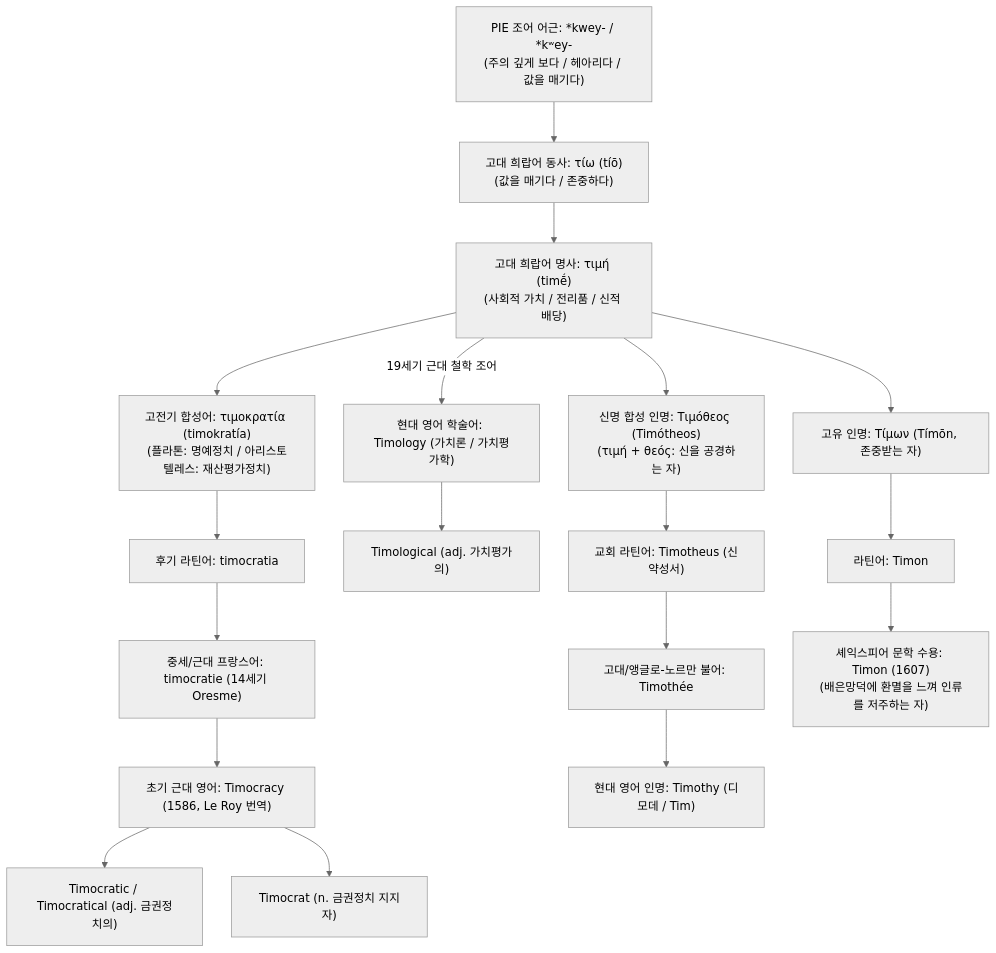
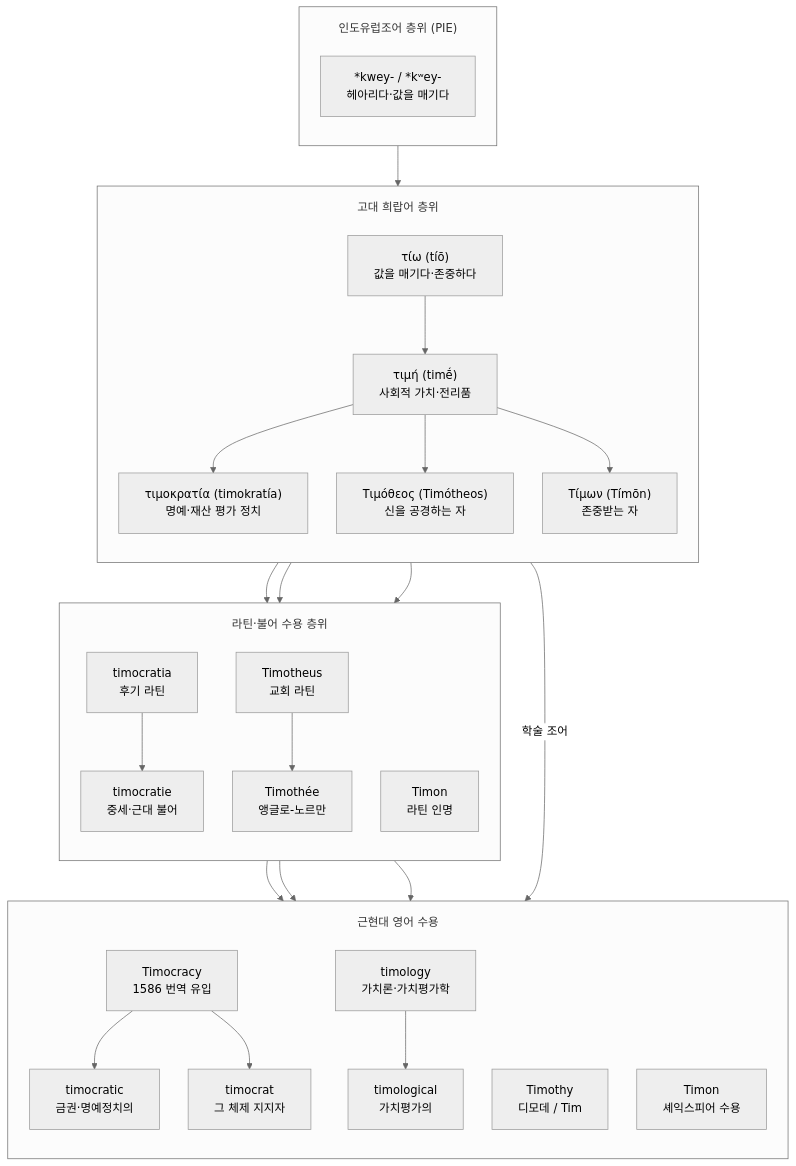
The diagram in words/word-time.md (YgHnSIM/Homer_wiki), drawn with Mermaid (neutral theme) before and after one commit.

Commit message:
refactor(word-time): Type C 3-tier etymology Mermaid

````diff
--- a/words/word-time.md
+++ b/words/word-time.md
@@ -46,29 +46,50 @@
 ```mermaid
 %%{init: {'flowchart': {'useMaxWidth': true, 'nodeSpacing': 40, 'rankSpacing': 56, 'padding': 18, 'subGraphTitleMargin': {'top': 18, 'bottom': 10}}}}%%
 flowchart TD
-    PIE["PIE 조어 어근: *kwey- / *kʷey-<br/>(주의 깊게 보다 / 헤아리다 / 값을 매기다)"] --> GRK_VERB["고대 희랍어 동사: τίω (tíō)<br/>(값을 매기다 / 존중하다)"]
-    GRK_VERB --> GRK_NOUN["고대 희랍어 명사: τιμή (timḗ)<br/>(사회적 가치 / 전리품 / 신적 배당)"]
+    subgraph PIE_Stage ["인도유럽조어 층위 (PIE)"]
+        direction TB
+        PIE["*kwey- / *kʷey-<br/>헤아리다·값을 매기다"]:::substrate
+    end
 
-    %% 정치철학 및 학술어 분기
-    GRK_NOUN --> GRK_POL["고전기 합성어: τιμοκρατία (timokratía)<br/>(플라톤: 명예정치 / 아리스토텔레스: 재산평가정치)"]
-    GRK_POL --> LAT_POL["후기 라틴어: timocratia"]
-    LAT_POL --> FRA_POL["중세/근대 프랑스어: timocratie (14세기 Oresme)"]
-    FRA_POL --> ENG_POL["초기 근대 영어: Timocracy (1586, Le Roy 번역)"]
-    ENG_POL --> DERIV_POL1["Timocratic / Timocratical (adj. 금권정치의)"]
-    ENG_POL --> DERIV_POL2["Timocrat (n. 금권정치 지지자)"]
+    subgraph Greek_Stage ["고대 희랍어 층위"]
+        direction TB
+        GRK_VERB["τίω (tíō)<br/>값을 매기다·존중하다"]:::greek
+        GRK_NOUN["τιμή (timḗ)<br/>사회적 가치·전리품"]:::greek
+        GRK_POL["τιμοκρατία (timokratía)<br/>명예·재산 평가 정치"]:::greek
+        GRK_TIMO["Τιμόθεος (Timótheos)<br/>신을 공경하는 자"]:::greek
+        GRK_TIMON["Τίμων (Tímōn)<br/>존중받는 자"]:::greek
+        PIE --> GRK_VERB --> GRK_NOUN
+        GRK_NOUN --> GRK_POL
+        GRK_NOUN --> GRK_TIMO
+        GRK_NOUN --> GRK_TIMON
+    end
 
-    %% 가치론 학술 조어 분기
-    GRK_NOUN -->|19세기 근대 철학 조어| ENG_TIMO["현대 영어 학술어: Timology (가치론 / 가치평가학)"]
-    ENG_TIMO --> DERIV_TIMO["Timological (adj. 가치평가의)"]
+    subgraph Latin_Stage ["라틴·불어 수용 층위"]
+        direction TB
+        LAT_POL["timocratia<br/>후기 라틴"]:::latin
+        FRA_POL["timocratie<br/>중세·근대 불어"]:::latin
+        LAT_TIMO["Timotheus<br/>교회 라틴"]:::latin
+        OFR_TIMO["Timothée<br/>앵글로-노르만"]:::latin
+        LAT_TIMON["Timon<br/>라틴 인명"]:::latin
+        GRK_POL --> LAT_POL --> FRA_POL
+        GRK_TIMO --> LAT_TIMO --> OFR_TIMO
+        GRK_TIMON --> LAT_TIMON
+    end
 
-    %% 인명 및 문화 수용 분기 (Timothy)
-    GRK_NOUN --> GRK_TIMO["신명 합성 인명: Τιμόθεος (Timótheos)<br/>(τιμή + θεός: 신을 공경하는 자)"]
-    GRK_TIMO --> LAT_TIMO["교회 라틴어: Timotheus (신약성서)"]
-    LAT_TIMO --> OFR_TIMO["고대/앵글로-노르만 불어: Timothée"]
-    OFR_TIMO --> ENG_TIMO_NAME["현대 영어 인명: Timothy (디모데 / Tim)"]
-
-    %% 문학적 보통명사화 분기 (Timon)
-    GRK_NOUN --> GRK_TIMON["고유 인명: Τίμων (Tímōn, 존중받는 자)"]
-    GRK_TIMON --> LAT_TIMON["라틴어: Timon"]
-    LAT_TIMON --> ENG_TIMON["셰익스피어 문학 수용: Timon (1607)<br/>(배은망덕에 환멸을 느껴 인류를 저주하는 자)"]
+    subgraph Modern_Stage ["근현대 영어 수용"]
+        direction TB
+        ENG_POL["Timocracy<br/>1586 번역 유입"]:::english
+        DERIV_POL1["timocratic<br/>금권·명예정치의"]:::english
+        DERIV_POL2["timocrat<br/>그 체제 지지자"]:::english
+        ENG_TIMO["timology<br/>가치론·가치평가학"]:::english
+        DERIV_TIMO["timological<br/>가치평가의"]:::english
+        ENG_TIMO_NAME["Timothy<br/>디모데 / Tim"]:::english
+        ENG_TIMON["Timon<br/>셰익스피어 수용"]:::english
+        FRA_POL --> ENG_POL
+        ENG_POL --> DERIV_POL1
+        ENG_POL --> DERIV_POL2
+        GRK_NOUN -->|학술 조어| ENG_TIMO --> DERIV_TIMO
+        OFR_TIMO --> ENG_TIMO_NAME
+        LAT_TIMON --> ENG_TIMON
+    end
 ```
````
